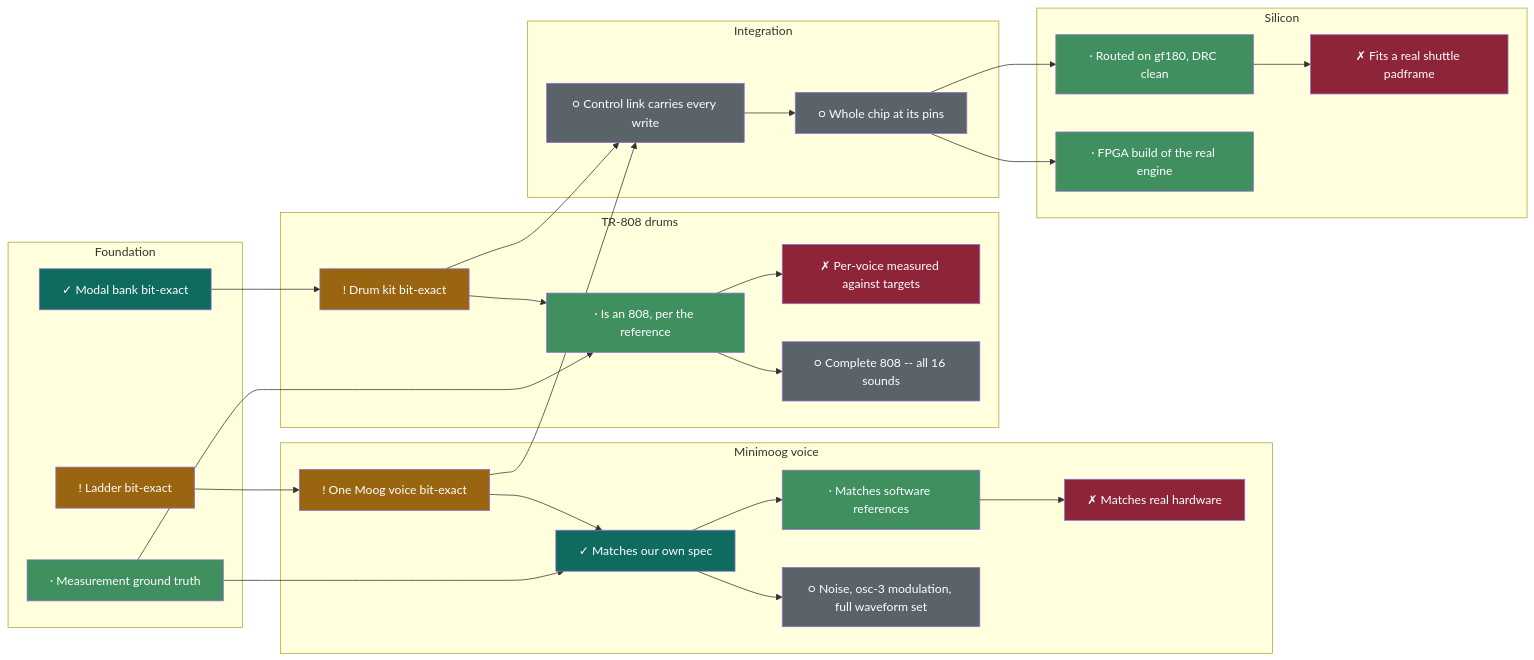
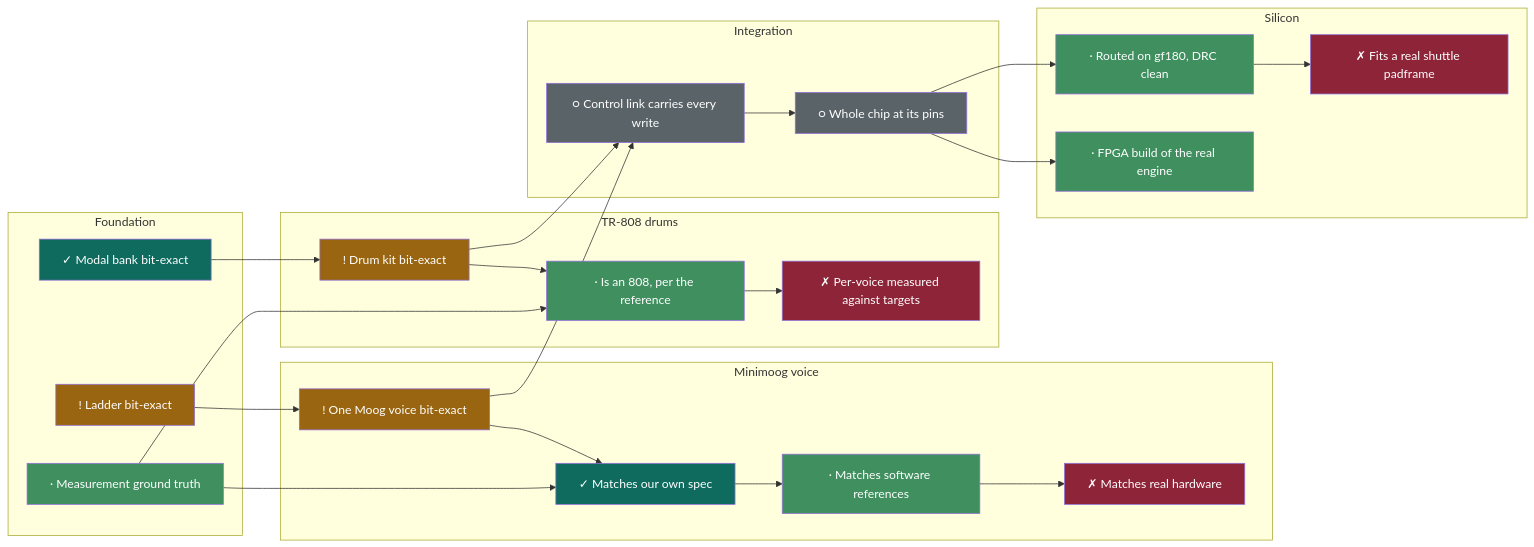
One commit to 2AMLogic/gf180-parasynth changed the diagram in README.md. Above: the diagram before and after it, drawn with Mermaid. The commit also changed other lines of this file and 5 other files, not shown here.

````diff
--- a/README.md
+++ b/README.md
@@ -66,64 +66,58 @@
 ```mermaid
 graph LR
   subgraph foundation["Foundation"]
     F1["! Ladder bit-exact"]
     F2["✓ Modal bank bit-exact"]
     F3["· Measurement ground truth"]
   end
   subgraph minimoog["Minimoog voice"]
     M1["! One Moog voice bit-exact"]
     M2["✓ Matches our own spec"]
     M3["· Matches software references"]
     M4["✗ Matches real hardware"]
-    M5["○ Noise, osc-3 modulation, full waveform set"]
   end
   subgraph drums["TR-808 drums"]
     D1["! Drum kit bit-exact"]
     D2["· Is an 808, per the reference"]
     D3["✗ Per-voice measured against targets"]
-    D4["○ Complete 808 -- all 16 sounds"]
   end
   subgraph integration["Integration"]
     I1["○ Control link carries every write"]
     I2["○ Whole chip at its pins"]
   end
   subgraph silicon["Silicon"]
     S1["· Routed on gf180, DRC clean"]
     S2["✗ Fits a real shuttle padframe"]
     S3["· FPGA build of the real engine"]
   end
   F1 --> M1
   M1 --> M2
   F3 --> M2
   M2 --> M3
   M3 --> M4
-  M2 --> M5
   F2 --> D1
   D1 --> D2
   F3 --> D2
   D2 --> D3
-  D2 --> D4
   M1 --> I1
   D1 --> I1
   I1 --> I2
   I2 --> S1
   S1 --> S2
   I2 --> S3
   style F1 fill:#9A6510,color:#fff
   style F2 fill:#0E6B5E,color:#fff
   style F3 fill:#3f8f5f,color:#fff
   style M1 fill:#9A6510,color:#fff
   style M2 fill:#0E6B5E,color:#fff
   style M3 fill:#3f8f5f,color:#fff
   style M4 fill:#8E2438,color:#fff
-  style M5 fill:#5a6468,color:#fff
   style D1 fill:#9A6510,color:#fff
   style D2 fill:#3f8f5f,color:#fff
   style D3 fill:#8E2438,color:#fff
-  style D4 fill:#5a6468,color:#fff
   style I1 fill:#5a6468,color:#fff
   style I2 fill:#5a6468,color:#fff
   style S1 fill:#3f8f5f,color:#fff
   style S2 fill:#8E2438,color:#fff
   style S3 fill:#3f8f5f,color:#fff
 ```
````
